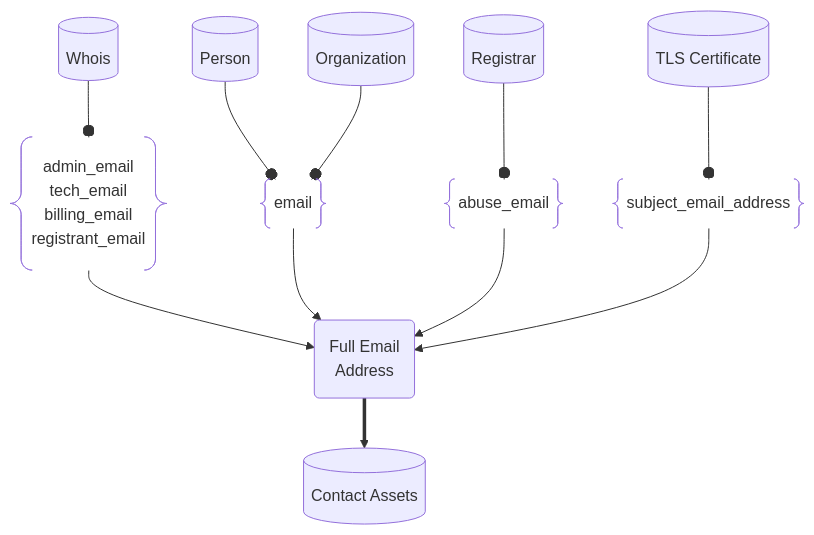
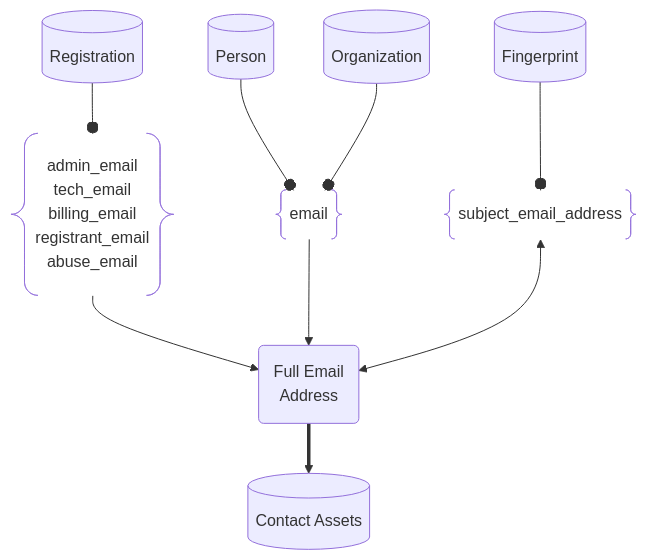
One commit to owasp-amass/docs changed the diagram in docs/open-asset-model/contact.md. Above: the diagram before and after it, drawn with Mermaid.

````diff
--- a/docs/open-asset-model/contact.md
+++ b/docs/open-asset-model/contact.md
@@ -1,50 +1,32 @@
 ``` mermaid
 graph TD
 Contact[("Contact Assets")]
-
 Email("Full Email
 Address")
 
-
 Email ==> Contact
-
 
 Person[("Person")]
 Organization[("Organization")]
-TLSCertificate[("TLS Certificate")]
-Registrar[("Registrar")]
-Whois[("Whois")]
+TLSCertificate[("Fingerprint")]
+Registration[("Registration")]
 
-
-whoisEmail@{ shape: braces, label: "admin_email
+registrationEmail@{ shape: braces, label: "admin_email
 tech_email
 billing_email
-registrant_email" }
-
+registrant_email
+abuse_email"}
 
 personEmail@{ shape: braces, label: "email"}
-registrarEmail@{ shape: braces, label: "abuse_email"}
 tlsEmail@{ shape: braces, label: "subject_email_address"}
 
-
-
-
-whoisEmail --> Email
-Whois --o whoisEmail
+registrationEmail --> Email
+Registration --o registrationEmail
 
 personEmail --> Email
 Person --o personEmail
 Organization --o personEmail 
 
-registrarEmail --> Email
-Registrar --o registrarEmail
-
-tlsEmail --> Email
+tlsEmail <--> Email
 TLSCertificate --o tlsEmail
-
-
-
-
-
-
 ```
````
